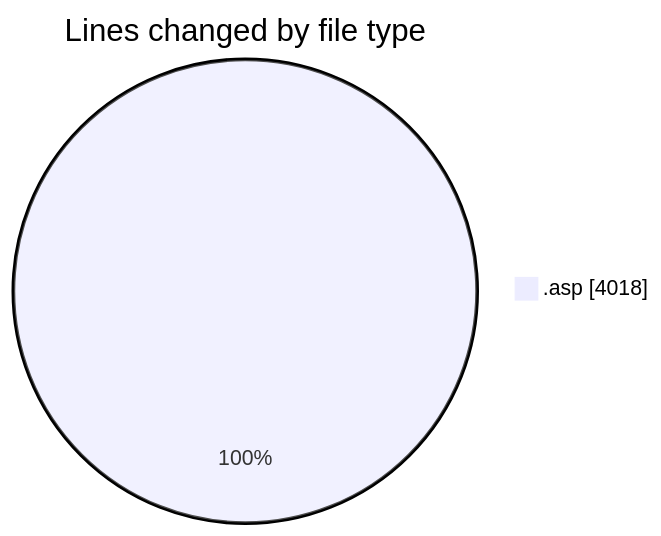
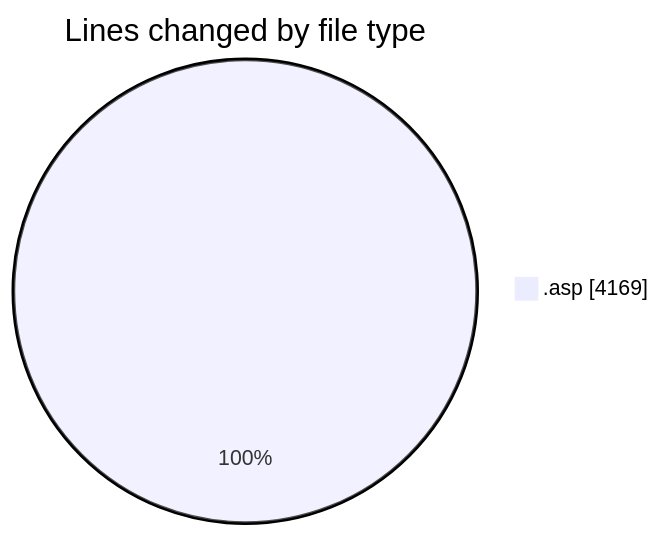
One commit to julien-gomy/code-tracking changed the first of 2 diagrams in 2025-11-04/cdp_aleoudev_fr__workspace_/README.md. Above: the diagram before and after it, drawn with Mermaid. The commit also changed other lines of this file and 1 other file, not shown here.

````diff
--- a/2025-11-04/cdp_aleoudev_fr__workspace_/README.md
+++ b/2025-11-04/cdp_aleoudev_fr__workspace_/README.md
@@ -21,5 +21,5 @@
 ```mermaid
 pie showData
 title Lines changed by file type
-".asp" : 4018
+".asp" : 4169
 ```
````
